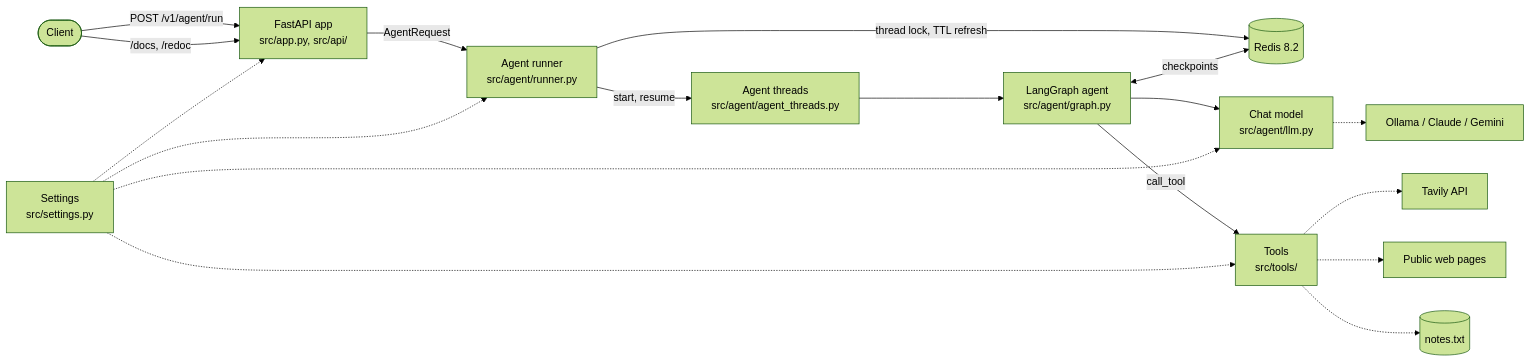
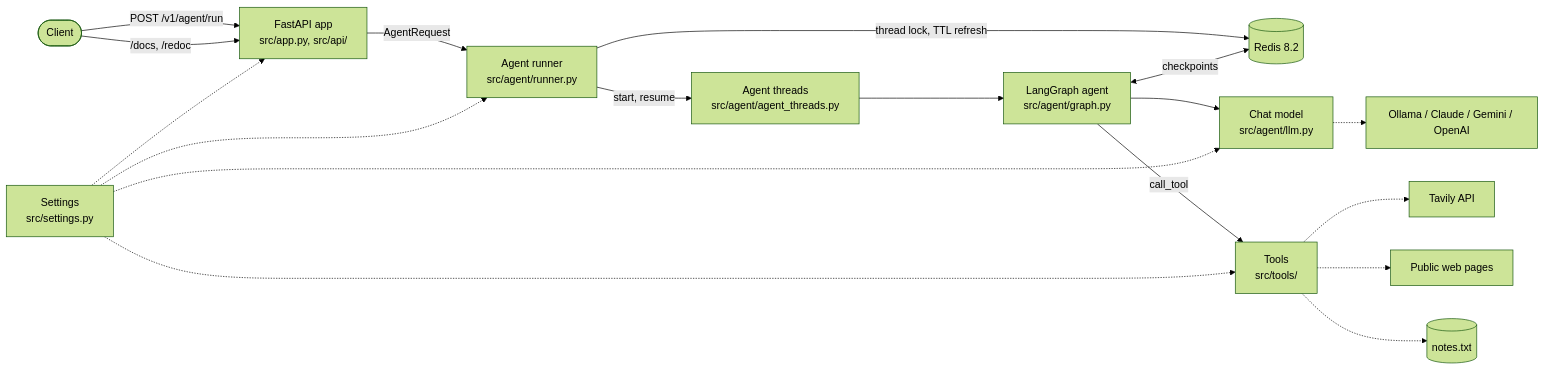
Before and after one commit to darrenpaine/harnessd: the first of 3 diagrams in docs/design/design.md, drawn with Mermaid (forest theme). The commit also changed other lines of this file and 2 other files, not shown here.

Commit message:
Document the OpenAI provider

````diff
--- a/docs/design/design.md
+++ b/docs/design/design.md
@@ -46,17 +46,17 @@
 ```mermaid
 flowchart LR
     client([Client]) -->|POST /v1/agent/run| api[FastAPI app<br/>src/app.py, src/api/]
     client -->|/docs, /redoc| api
     api -->|AgentRequest| runner[Agent runner<br/>src/agent/runner.py]
     runner -->|thread lock, TTL refresh| redis[(Redis 8.2)]
     runner -->|start, resume| agent_threads[Agent threads<br/>src/agent/agent_threads.py]
     agent_threads --> graph_node[LangGraph agent<br/>src/agent/graph.py]
     graph_node <-->|checkpoints| redis
     graph_node --> llm[Chat model<br/>src/agent/llm.py]
-    llm -.-> providers[Ollama / Claude / Gemini]
+    llm -.-> providers[Ollama / Claude / Gemini / OpenAI]
     graph_node -->|call_tool| tools[Tools<br/>src/tools/]
     tools -.-> tavily[Tavily API]
     tools -.-> web[Public web pages]
     tools -.-> notes[(notes.txt)]
     settings[Settings<br/>src/settings.py] -.-> api & runner & llm & tools
 ```
````
